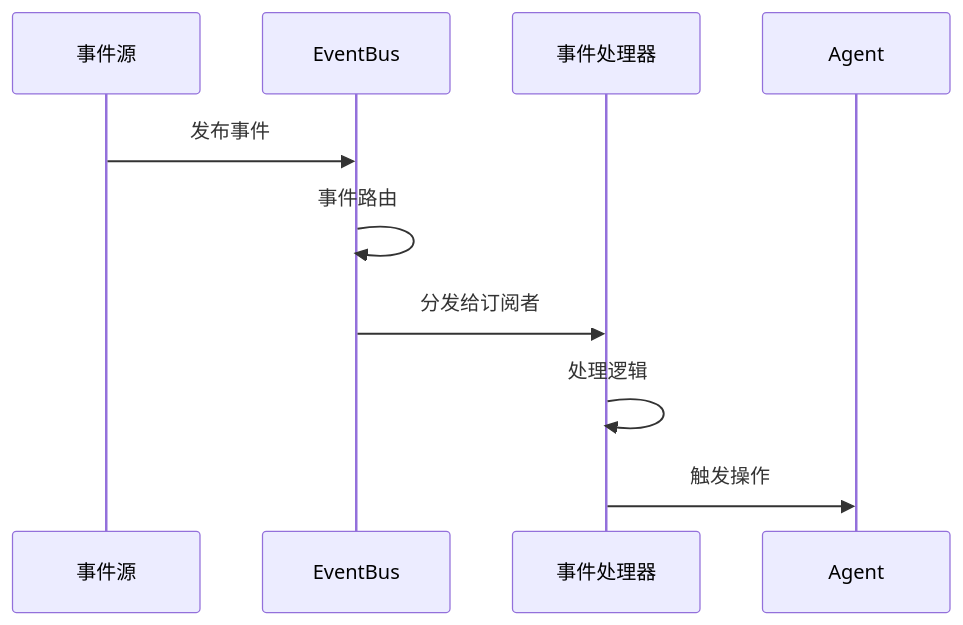
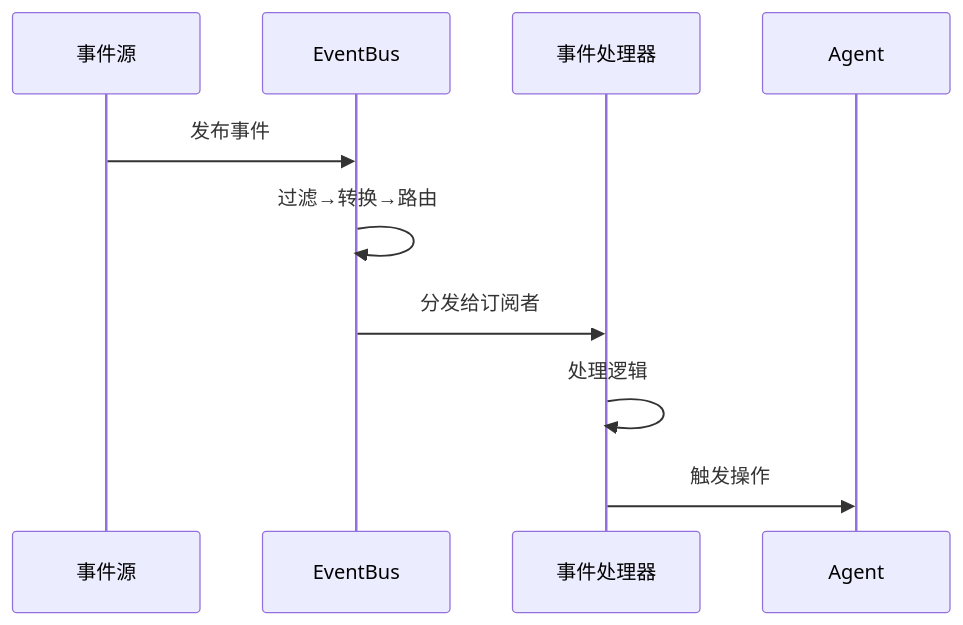
The fifth of 5 diagrams in progress/TECH-AGENT.md (MiyakoMeow/neco), drawn with Mermaid before and after one commit. The commit also changed other lines of this file and 5 other files, not shown here.

````diff
--- a/progress/TECH-AGENT.md
+++ b/progress/TECH-AGENT.md
@@ -432,13 +651,13 @@
 ```mermaid
 sequenceDiagram
     participant Source as 事件源
     participant Bus as EventBus
     participant Handler as 事件处理器
     participant Agent as Agent
     
     Source->>Bus: 发布事件
-    Bus->>Bus: 事件路由
+    Bus->>Bus: 过滤→转换→路由
     Bus->>Handler: 分发给订阅者
     Handler->>Handler: 处理逻辑
     Handler->>Agent: 触发操作
 ```
````
